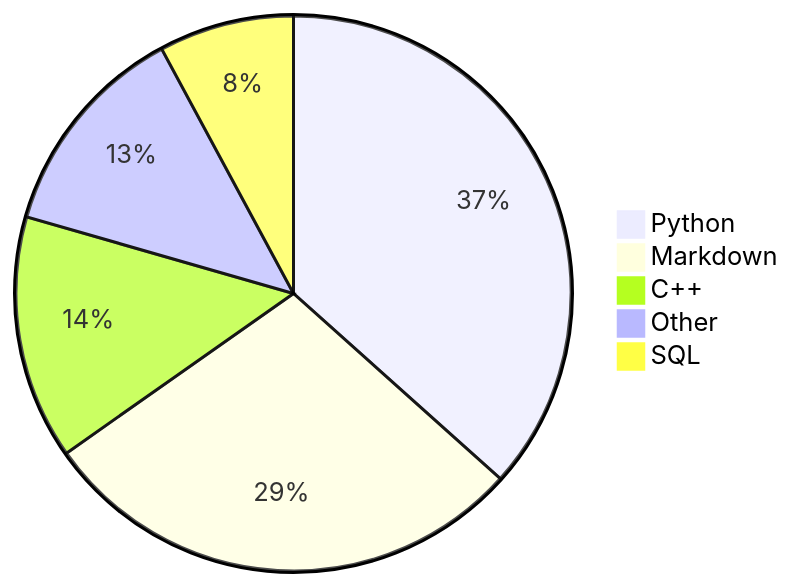
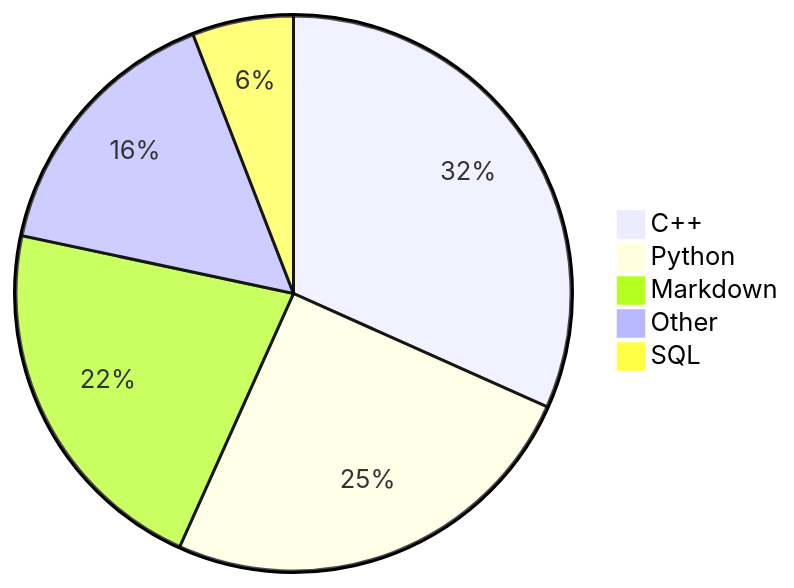
Before and after one commit to Alicia111/alicia111: the diagram in README.md, drawn with Mermaid.

Commit message:
Update WakaTime stats (・ω・)b

````diff
--- a/README.md
+++ b/README.md
@@ -32,8 +32,8 @@
 ```mermaid
 pie
-    "Python" : 35.0
-    "Markdown" : 27.36
-    "C++" : 13.58
-    "Other" : 12.12
-    "SQL" : 7.52
+    "C++" : 31.69
+    "Python" : 25.03
+    "Markdown" : 21.62
+    "Other" : 15.77
+    "SQL" : 5.89
 ```
````
